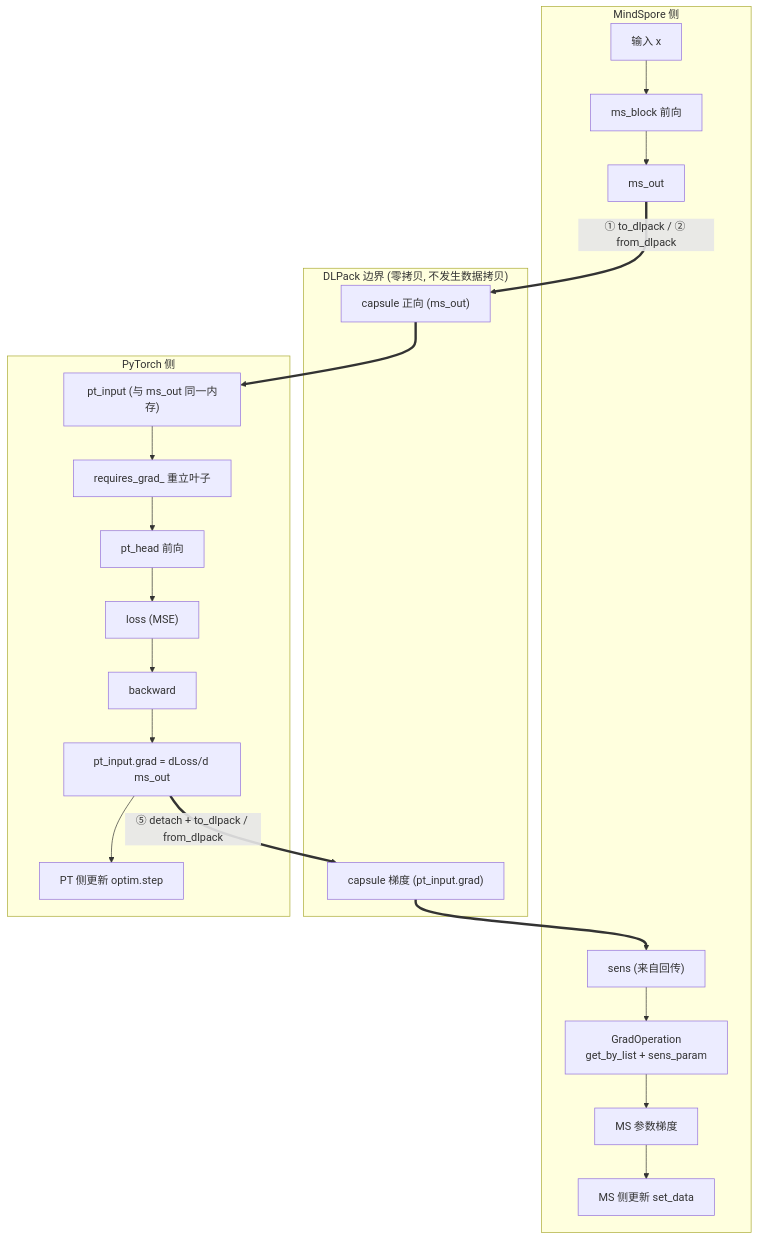
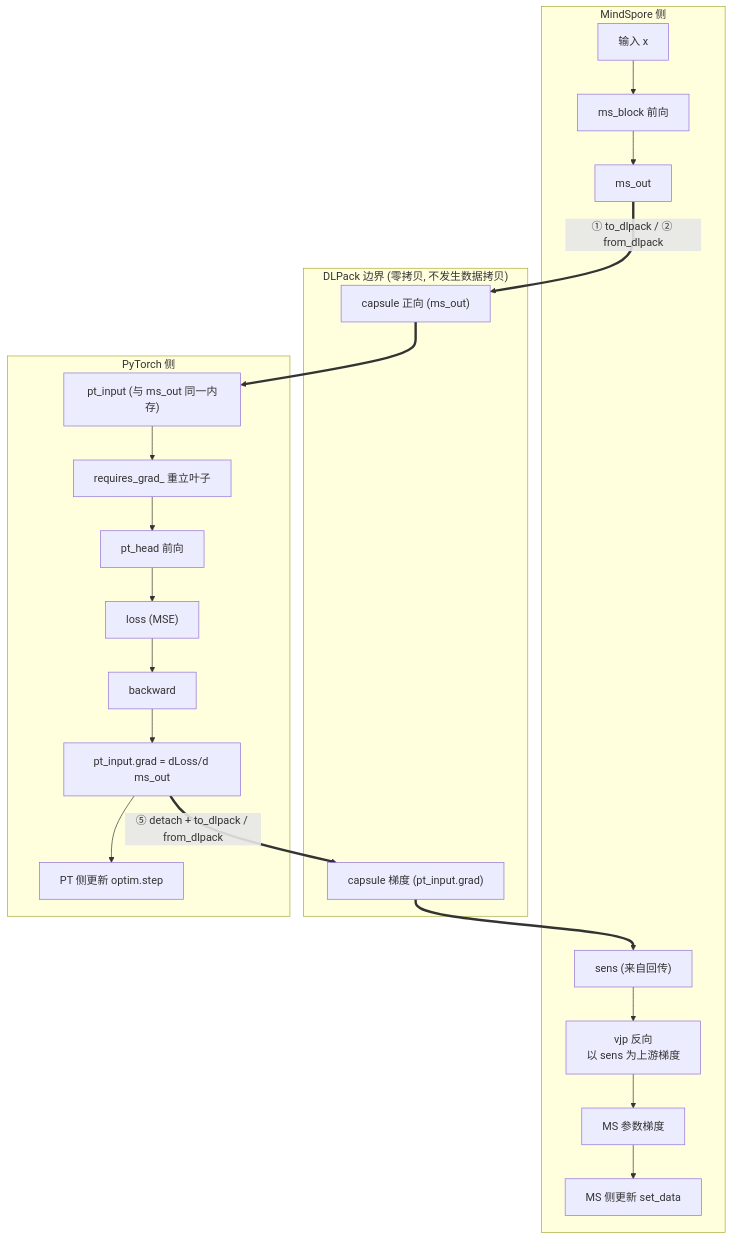
One commit to SCUT-Mida/idea-verify changed the first of 2 diagrams in dlpack-verify/docs/验证报告.md. Above: the diagram before and after it, drawn with Mermaid. The commit also changed other lines of this file and 14 other files, not shown here.

````diff
--- a/dlpack-verify/docs/验证报告.md
+++ b/dlpack-verify/docs/验证报告.md
@@ -42,26 +42,26 @@
 ```mermaid
 flowchart TB
     subgraph MS["MindSpore 侧"]
         X["输入 x"] --> F1["ms_block 前向"]
         F1 --> OUT["ms_out"]
-        SENS["sens (来自回传)"] --> G["GradOperation<br/>get_by_list + sens_param"]
+        SENS["sens (来自回传)"] --> G["vjp 反向<br/>以 sens 为上游梯度"]
         G --> PG["MS 参数梯度"]
         PG --> U1["MS 侧更新 set_data"]
     end
     subgraph PKG["DLPack 边界 (零拷贝, 不发生数据拷贝)"]
         C1["capsule 正向 (ms_out)"]
         C2["capsule 梯度 (pt_input.grad)"]
     end
     subgraph PT["PyTorch 侧"]
         LEAF["pt_input (与 ms_out 同一内存)"] --> RG["requires_grad_ 重立叶子"]
         RG --> H["pt_head 前向"]
         H --> L["loss (MSE)"]
         L --> BW["backward"]
         BW --> GRAD["pt_input.grad = dLoss/d ms_out"]
         GRAD --> U2["PT 侧更新 optim.step"]
     end
     OUT ==>|"① to_dlpack / ② from_dlpack"| C1
     C1 ==> LEAF
     GRAD ==>|"⑤ detach + to_dlpack / from_dlpack"| C2
     C2 ==> SENS
 ```
````
